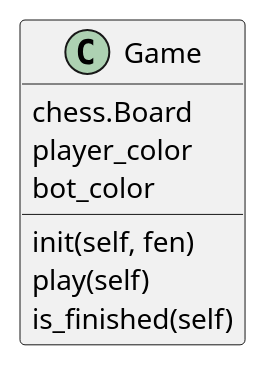
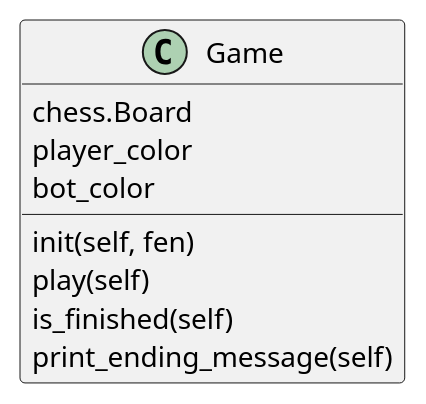
One commit to dkurta/chess_pet_project changed the diagram in doc_ressources/uml/classDiagram.plantuml. Above: the diagram before and after it, drawn with PlantUML. The commit also changed 6 other files, not shown here.

```diff
--- a/doc_ressources/uml/classDiagram.plantuml
+++ b/doc_ressources/uml/classDiagram.plantuml
@@ -1,11 +1,12 @@
 @startuml
 class Game{
   chess.Board
   player_color
   bot_color
 
   init(self, fen)
   play(self)
   is_finished(self)
+  print_ending_message(self)
 }
 @enduml
```
